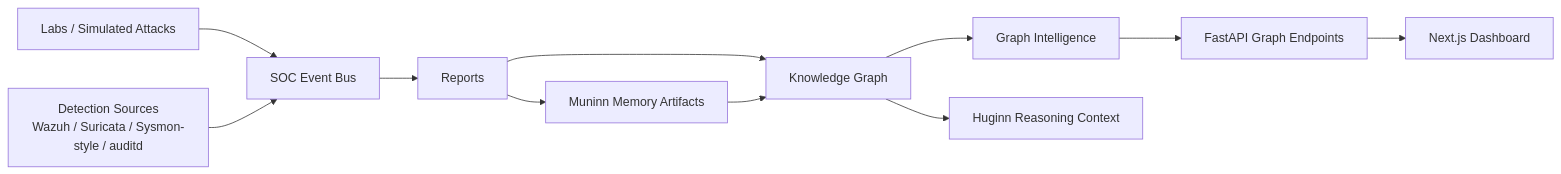
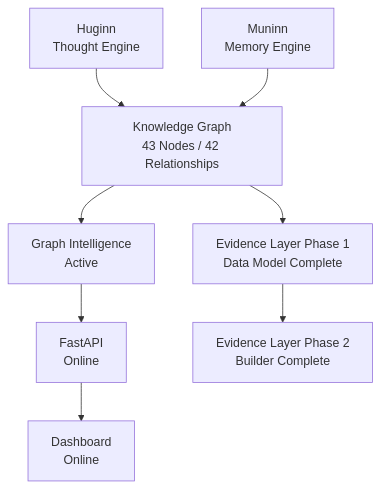
One commit to dacyborg87/huginn-munnin changed the diagram in docs/CURRENT_PLATFORM_STATE.md. Above: the diagram before and after it, drawn with Mermaid. The commit also changed other lines of this file and 5 other files, not shown here.

Commit message:
Document Huginn Muninn platform milestone

````diff
--- a/docs/CURRENT_PLATFORM_STATE.md
+++ b/docs/CURRENT_PLATFORM_STATE.md
@@ -34,13 +26,10 @@
 ```mermaid
-flowchart LR
-    LAB["Labs / Simulated Attacks"] --> BUS["SOC Event Bus"]
-    DET["Detection Sources<br/>Wazuh / Suricata / Sysmon-style / auditd"] --> BUS
-    BUS --> REPORTS["Reports"]
-    REPORTS --> MEMORY["Muninn Memory Artifacts"]
-    REPORTS --> GRAPH["Knowledge Graph"]
-    MEMORY --> GRAPH
-    GRAPH --> GI["Graph Intelligence"]
-    GI --> API["FastAPI Graph Endpoints"]
-    API --> UI["Next.js Dashboard"]
-    GRAPH --> HUGINN["Huginn Reasoning Context"]
+flowchart TD
+    H["Huginn<br/>Thought Engine"] --> KG["Knowledge Graph<br/>43 Nodes / 42 Relationships"]
+    M["Muninn<br/>Memory Engine"] --> KG
+    KG --> GI["Graph Intelligence<br/>Active"]
+    GI --> API["FastAPI<br/>Online"]
+    API --> DASH["Dashboard<br/>Online"]
+    KG --> EV1["Evidence Layer Phase 1<br/>Data Model Complete"]
+    EV1 --> EV2["Evidence Layer Phase 2<br/>Builder Complete"]
 ```
````
